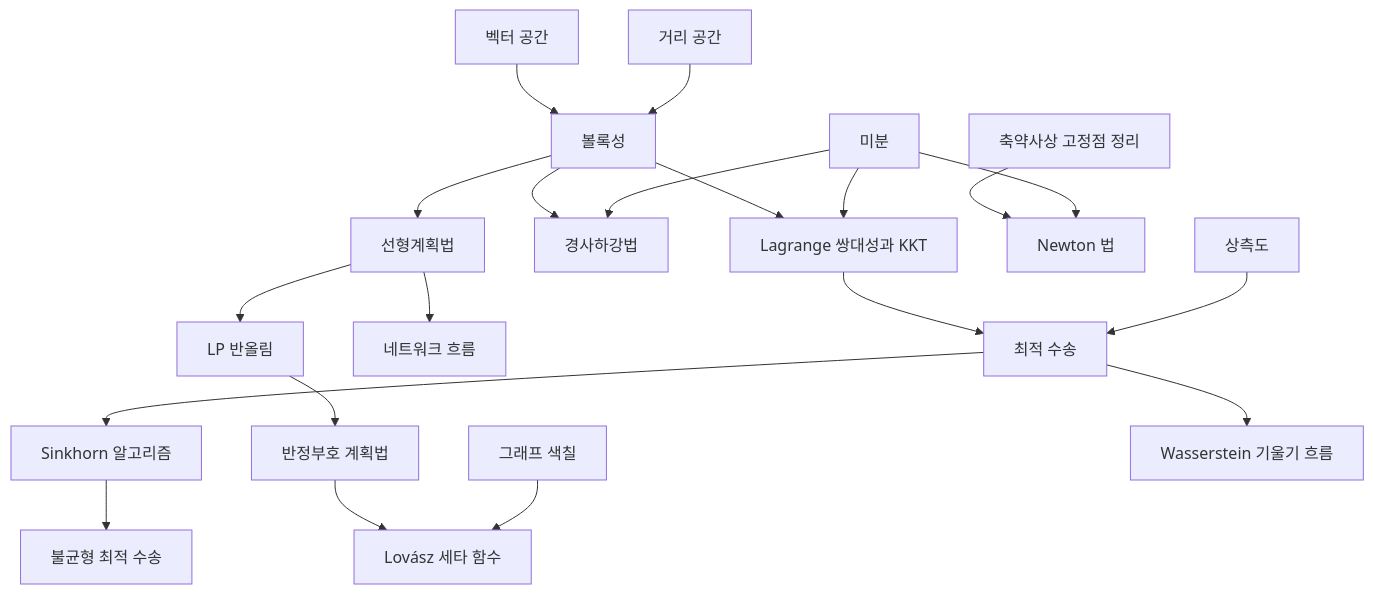
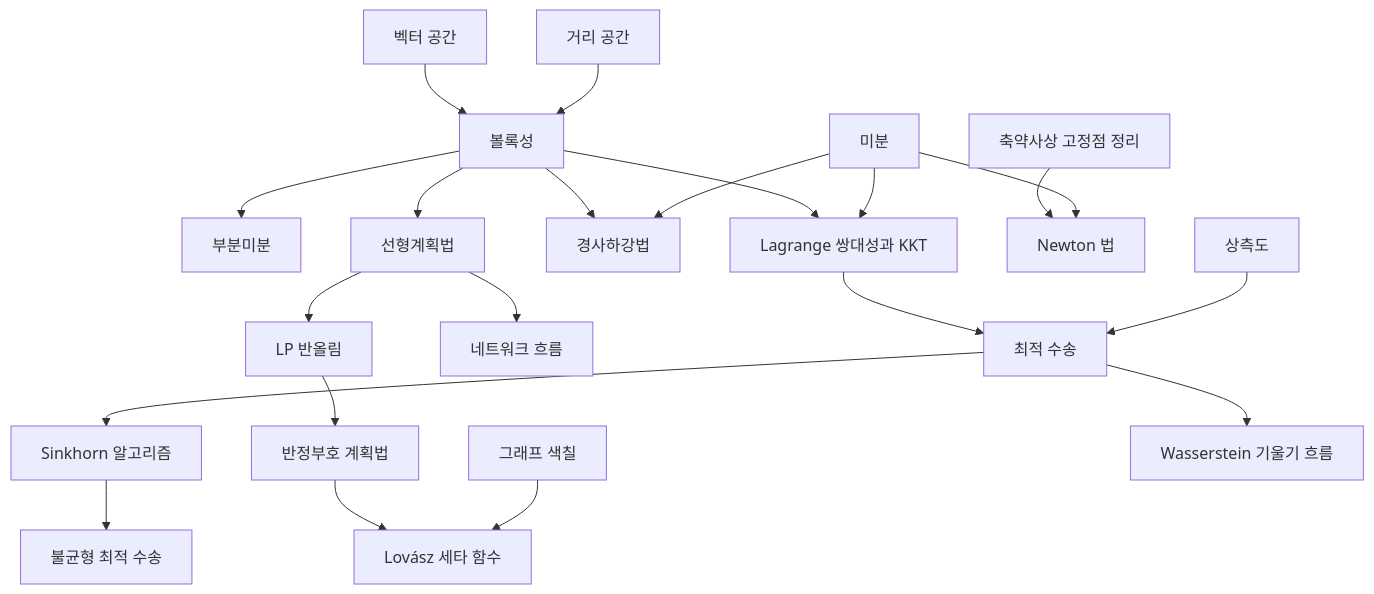
Before and after one commit to Phryxia/math-map: the diagram in docs/optimization-overview.md, drawn with Mermaid. The commit also changed other lines of this file and 7 other files, not shown here.

````diff
--- a/docs/optimization-overview.md
+++ b/docs/optimization-overview.md
@@ -13,22 +13,23 @@
 ```mermaid
 graph TD
   VS["벡터 공간"] --> CX["볼록성"]
   MS["거리 공간"] --> CX
+  CX --> SG["부분미분"]
   CX --> LD["Lagrange 쌍대성과 KKT"]
   CX --> GD["경사하강법"]
   CX --> LP["선형계획법"]
   DV["미분"] --> LD
   DV --> GD
   BF["축약사상 고정점 정리"] --> NM["Newton 법"]
   DV --> NM
   LP --> LR["LP 반올림"]
   LP --> NF["네트워크 흐름"]
   LR --> SD["반정부호 계획법"]
   SD --> LT["Lovász 세타 함수"]
   GC["그래프 색칠"] --> LT
   LD --> OT["최적 수송"]
   PM["상측도"] --> OT
   OT --> SK["Sinkhorn 알고리즘"]
   SK --> UO["불균형 최적 수송"]
   OT --> WG["Wasserstein 기울기 흐름"]
 ```
````
